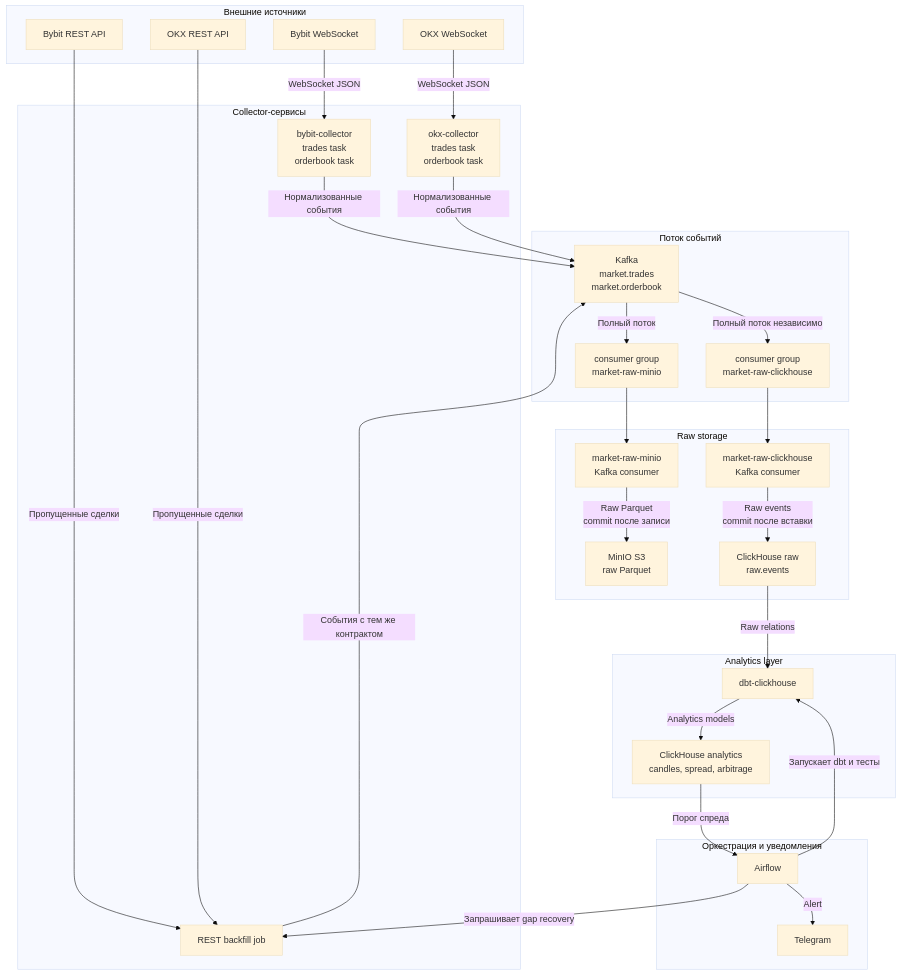
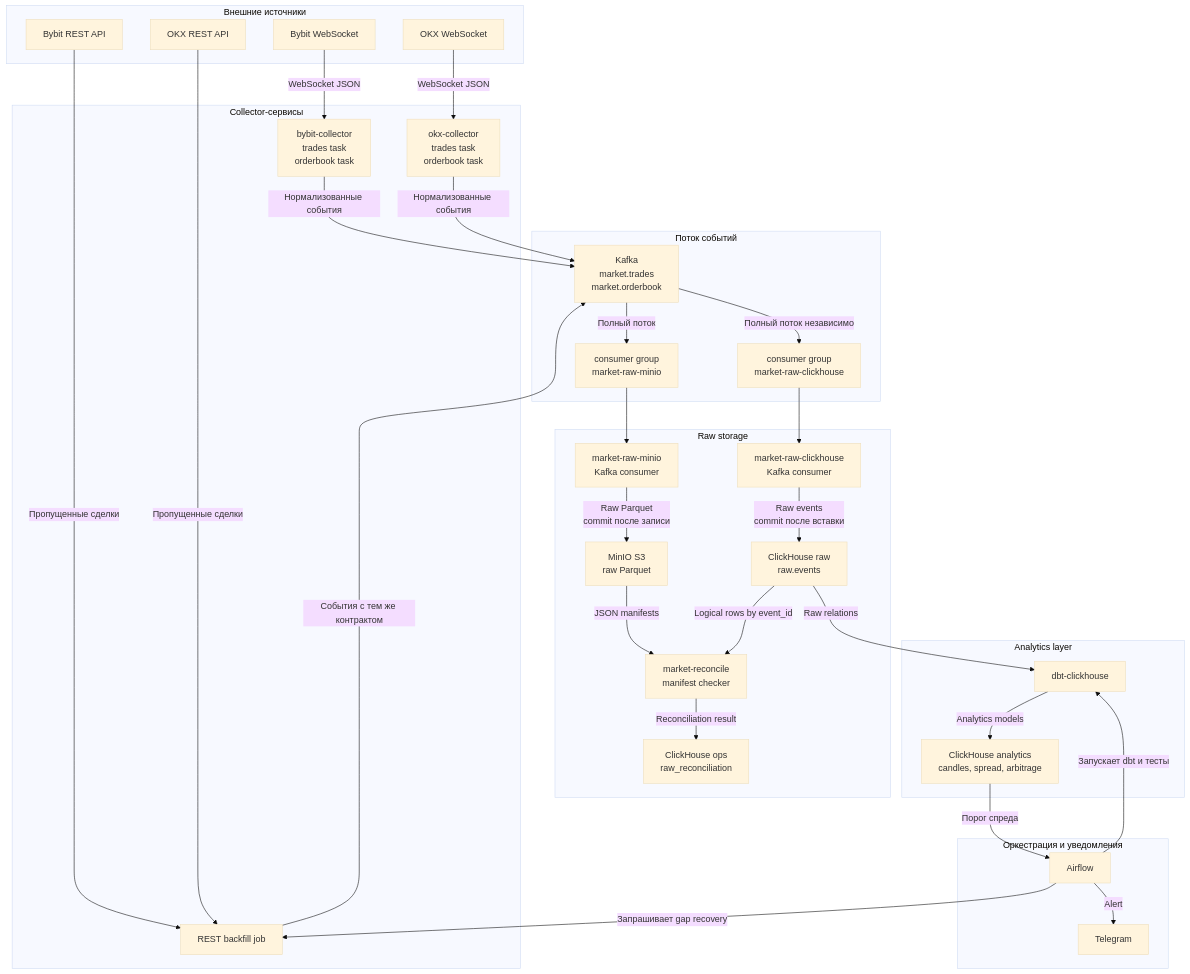
The diagram in docs/deployment.md (allfeia/crypto-market-pipeline), drawn with Mermaid (base theme) before and after one commit. The commit also changed 14 other files, not shown here.

Commit message:
слой сверки raw-данных между MinIO и ClickHouse

````diff
--- a/docs/deployment.md
+++ b/docs/deployment.md
@@ -3,62 +3,67 @@
 ```mermaid
 flowchart TB
     subgraph EXCHANGES[Внешние источники]
         BYBIT[Bybit WebSocket]
         OKX[OKX WebSocket]
         BYBIT_REST[Bybit REST API]
         OKX_REST[OKX REST API]
     end
 
     subgraph COLLECTORS[Collector-сервисы]
         B_COL[bybit-collector<br/>trades task<br/>orderbook task]
         O_COL[okx-collector<br/>trades task<br/>orderbook task]
         BACKFILL[REST backfill job]
     end
 
     subgraph STREAM[Поток событий]
         K[Kafka<br/>market.trades<br/>market.orderbook]
         G1[consumer group<br/>market-raw-minio]
         G2[consumer group<br/>market-raw-clickhouse]
     end
 
     subgraph RAW[Raw storage]
         A[market-raw-minio<br/>Kafka consumer]
         M[MinIO S3<br/>raw Parquet]
         CW[market-raw-clickhouse<br/>Kafka consumer]
         CR[ClickHouse raw<br/>raw.events]
+        R[market-reconcile<br/>manifest checker]
+        OPS[ClickHouse ops<br/>raw_reconciliation]
     end
 
     subgraph ANALYTICS[Analytics layer]
         D[dbt-clickhouse]
         C[ClickHouse analytics<br/>candles, spread, arbitrage]
     end
 
     subgraph ORCHESTRATION[Оркестрация и уведомления]
         AIR[Airflow]
         TG[Telegram]
     end
 
     BYBIT -->|WebSocket JSON| B_COL
     OKX -->|WebSocket JSON| O_COL
     BYBIT_REST -->|Пропущенные сделки| BACKFILL
     OKX_REST -->|Пропущенные сделки| BACKFILL
 
     B_COL -->|Нормализованные события| K
     O_COL -->|Нормализованные события| K
     BACKFILL -->|События с тем же контрактом| K
 
     K -->|Полный поток| G1
     G1 --> A
     A -->|Raw Parquet<br/>commit после записи| M
 
     K -->|Полный поток независимо| G2
     G2 --> CW
     CW -->|Raw events<br/>commit после вставки| CR
+    M -->|JSON manifests| R
+    CR -->|Logical rows by event_id| R
+    R -->|Reconciliation result| OPS
 
     CR -->|Raw relations| D
     D -->|Analytics models| C
     AIR -->|Запускает dbt и тесты| D
     C -->|Порог спреда| AIR
     AIR -->|Alert| TG
     AIR -->|Запрашивает gap recovery| BACKFILL
 ```
````
